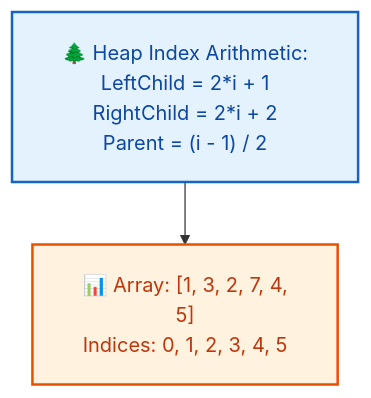
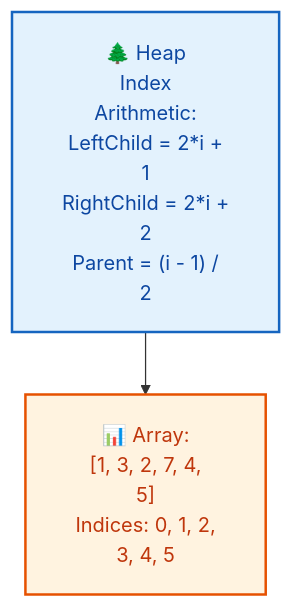
The second of 7 diagrams in week_03_foundations_iii_sorting_and_hashing/Week_03_Visual_Concepts_Playbook_HYBRID.md (dip4k/DSA_102), drawn with Mermaid before and after one commit. The commit also changed other lines of this file and 106 other files, not shown here.

First line of the commit message:
fix(mermaid): prevent text clipping with foreignObject overflow and tighter line wrapping

````diff
--- a/week_03_foundations_iii_sorting_and_hashing/Week_03_Visual_Concepts_Playbook_HYBRID.md
+++ b/week_03_foundations_iii_sorting_and_hashing/Week_03_Visual_Concepts_Playbook_HYBRID.md
@@ -344,10 +344,10 @@
 ```mermaid
-%%{init: {"flowchart": {"htmlLabels": true, "padding": 20}}}%%
+%%{init: {"flowchart": {"htmlLabels": true, "padding": 20}, "themeCSS": "foreignObject { overflow: visible !important; }"}}%%
 flowchart TD
     classDef arr fill:#fff3e0,stroke:#e65100,stroke-width:2px,color:#bf360c
     classDef tree fill:#e3f2fd,stroke:#1565c0,stroke-width:2px,color:#0d47a1
 
-    Tree["🌲 Heap Index Arithmetic:<br/>LeftChild = 2*i + 1<br/>RightChild = 2*i + 2<br/>Parent = (i - 1) / 2"]:::tree
-    Arr["📊 Array: [1, 3, 2, 7, 4,<br/>5]<br/>Indices: 0, 1, 2, 3, 4, 5"]:::arr
+    Tree["🌲 Heap<br/>Index<br/>Arithmetic:<br/>LeftChild = 2*i +<br/>1<br/>RightChild = 2*i +<br/>2<br/>Parent = (i - 1) /<br/>2"]:::tree
+    Arr["📊 Array:<br/>[1, 3, 2, 7, 4,<br/>5]<br/>Indices: 0, 1, 2,<br/>3, 4, 5"]:::arr
     Tree --> Arr
 ```
````
